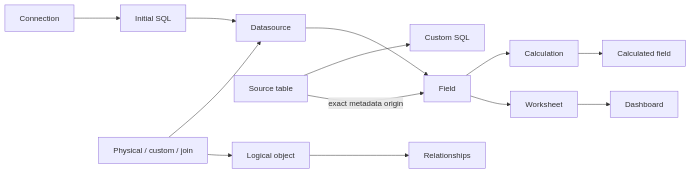
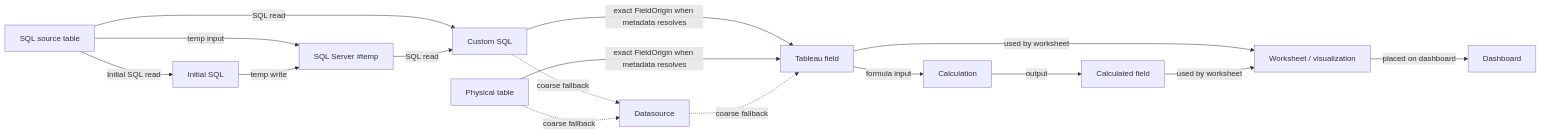
Before and after one commit to agredyaev/tabkit: the second of 3 diagrams in docs/ARCHITECTURE.md, drawn with Mermaid. The commit also changed other lines of this file and 11 other files, not shown here.

````diff
--- a/docs/ARCHITECTURE.md
+++ b/docs/ARCHITECTURE.md
@@ -86,12 +79,33 @@
 ```mermaid
 flowchart LR
-    connection["Connection"] --> initial["Initial SQL"] --> datasource["Datasource"]
-    source["Source table"] --> custom["Custom SQL"]
-    physical["Physical / custom / join"] --> datasource
-    physical --> logical["Logical object"]
-    logical --> relationships["Relationships"]
-    datasource --> field["Field"]
-    source -->|exact metadata origin| field
-    field --> calculation["Calculation"] --> calculated["Calculated field"]
-    field --> worksheet["Worksheet"] --> dashboard["Dashboard"]
+    sql["SQL source table"]
+    initial["Initial SQL"]
+    temp["SQL Server #temp"]
+    custom["Custom SQL"]
+    physical["Physical table"]
+    datasource["Datasource"]
+    field["Tableau field"]
+    calculation["Calculation"]
+    calculated["Calculated field"]
+    worksheet["Worksheet / visualization"]
+    dashboard["Dashboard"]
+
+    sql -->|SQL read| custom
+    sql -->|Initial SQL read| initial
+    sql -->|temp input| temp
+    initial -->|temp write| temp
+    temp -->|SQL read| custom
+
+    custom -->|exact FieldOrigin when metadata resolves| field
+    physical -->|exact FieldOrigin when metadata resolves| field
+
+    custom -.->|coarse fallback| datasource
+    physical -.->|coarse fallback| datasource
+    datasource -.->|coarse fallback| field
+
+    field -->|formula input| calculation
+    calculation -->|output| calculated
+    field -->|used by worksheet| worksheet
+    calculated -->|used by worksheet| worksheet
+    worksheet -->|placed on dashboard| dashboard
 ```
````
